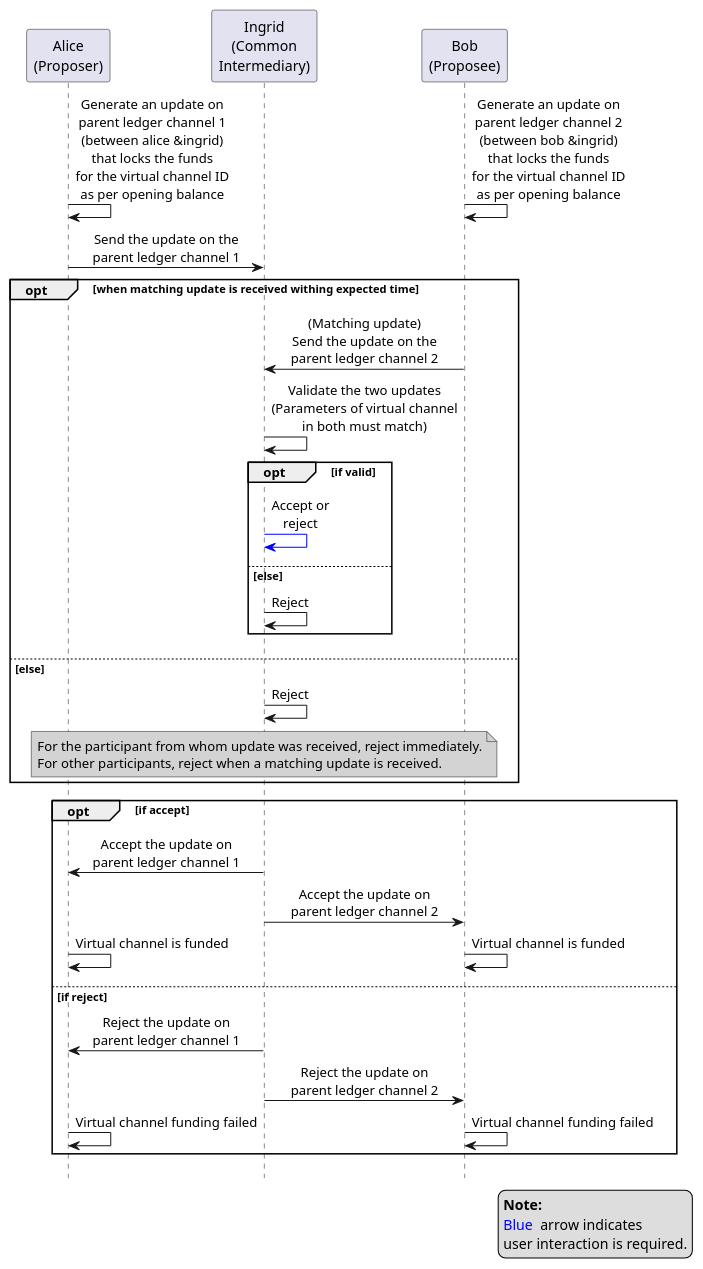
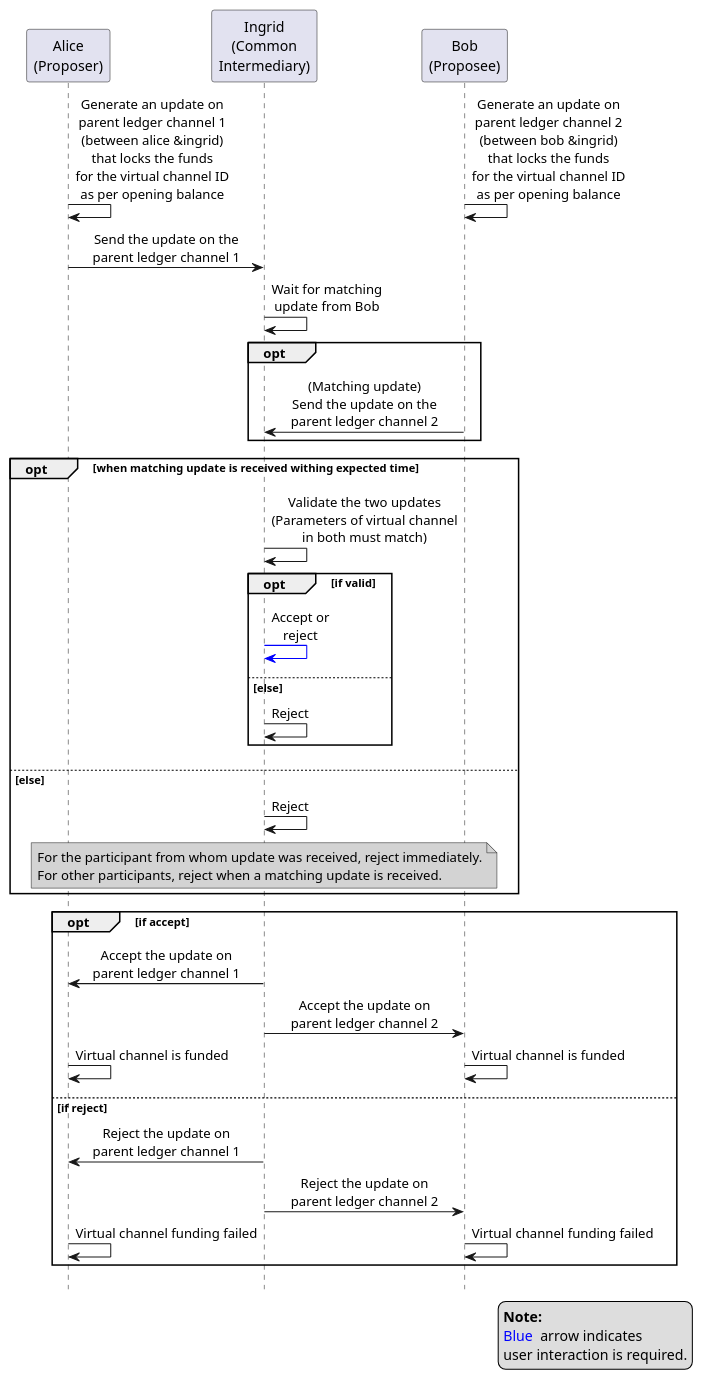
The diagram in source/images/concepts/open_funding_virtual.plantuml (hyperledger-labs/perun-doc), drawn with PlantUML before and after one commit. The commit also changed 32 other files, not shown here.

```diff
--- a/source/images/concepts/open_funding_virtual.plantuml
+++ b/source/images/concepts/open_funding_virtual.plantuml
@@ -4,55 +4,57 @@
 @startuml open_funding_virtual
 !pragma teoz true
 hide footbox
 skinparam SequenceMessageAlign center
 
 participant "Alice\n(Proposer)" as alice
 participant "Ingrid\n(Common\nIntermediary)" as ingrid
 participant "Bob\n(Proposee)" as bob
 
 alice -> alice: Generate an update on\nparent ledger channel 1\n(between alice &ingrid)\nthat locks the funds\nfor the virtual channel ID\nas per opening balance
 &bob -> bob: Generate an update on\nparent ledger channel 2\n(between bob &ingrid)\nthat locks the funds\nfor the virtual channel ID\nas per opening balance
 
 alice -> ingrid: Send the update on the\nparent ledger channel 1
 
+ingrid -> ingrid: Wait for matching\nupdate from Bob
+opt
+ingrid <- bob: (Matching update)\nSend the update on the\nparent ledger channel 2
+end
+
 opt when matching update is received withing expected time
-ingrid <- bob: (Matching update)\nSend the update on the\nparent ledger channel 2
-
 ingrid -> ingrid: Validate the two updates\n(Parameters of virtual channel\nin both must match)
-
 opt if valid
 ingrid -[#blue]> ingrid: Accept or\nreject
 else else
 ingrid -> ingrid: Reject
 end
 
 else else
 ingrid -> ingrid: Reject
 note over ingrid #LightGray
 For the participant from whom update was received, reject immediately.
 For other participants, reject when a matching update is received.
 end note
 
 end
 
 opt if accept
 alice <- ingrid: Accept the update on\nparent ledger channel 1
 ingrid -> bob: Accept the update on\nparent ledger channel 2
 
 alice -> alice: Virtual channel is funded
 &bob -> bob: Virtual channel is funded
 else if reject
 alice <- ingrid: Reject the update on\nparent ledger channel 1
 ingrid -> bob: Reject the update on\nparent ledger channel 2
 
 alice -> alice: Virtual channel funding failed
 &bob -> bob: Virtual channel funding failed
 end
 
 legend bottom right
 <b>Note:</b>
 <color:blue>Blue </color> arrow indicates
 user interaction is required.
 endlegend
 
 @enduml
```
